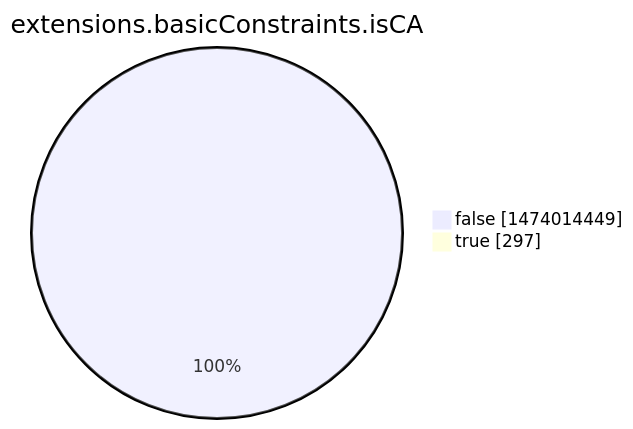
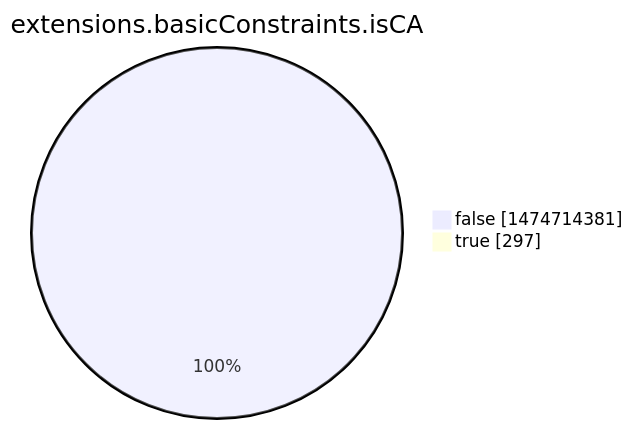
One commit to christiankrug/ctmonitor_visualization changed the eighth of 15 diagrams in argon2022/README.md. Above: the diagram before and after it, drawn with Mermaid. The commit also changed other lines of this file, not shown here.

````diff
--- a/argon2022/README.md
+++ b/argon2022/README.md
@@ -2760,6 +2760,6 @@
 ```mermaid
 pie showData
 title extensions.basicConstraints.isCA
-"false" :1474014449
+"false" :1474714381
 "true" :297
 ```
````
